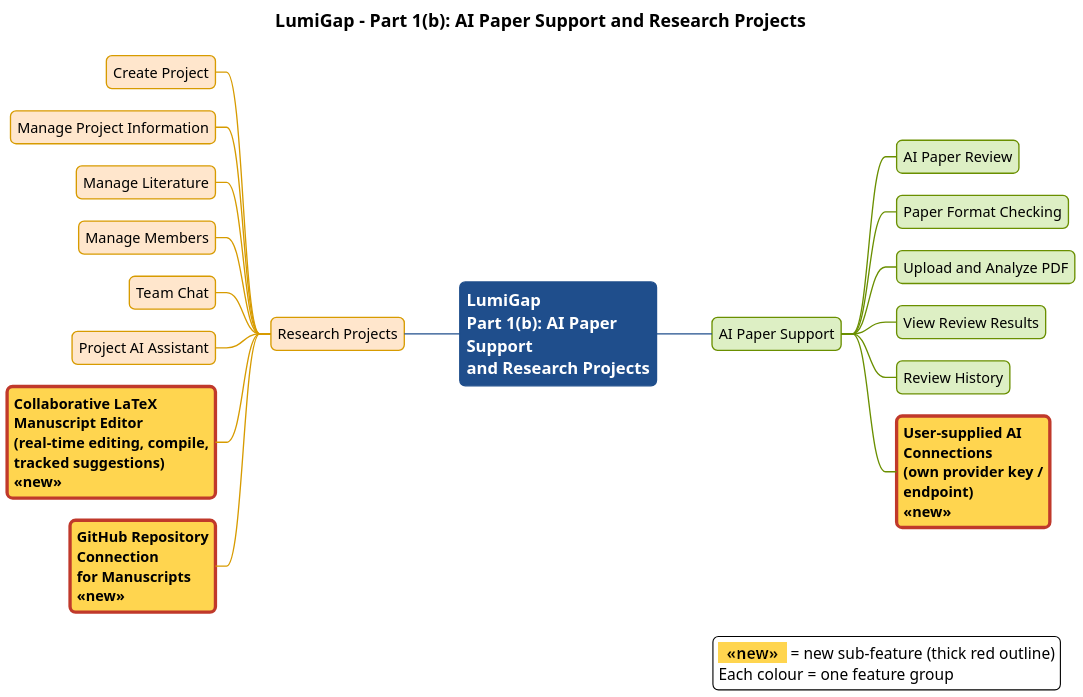
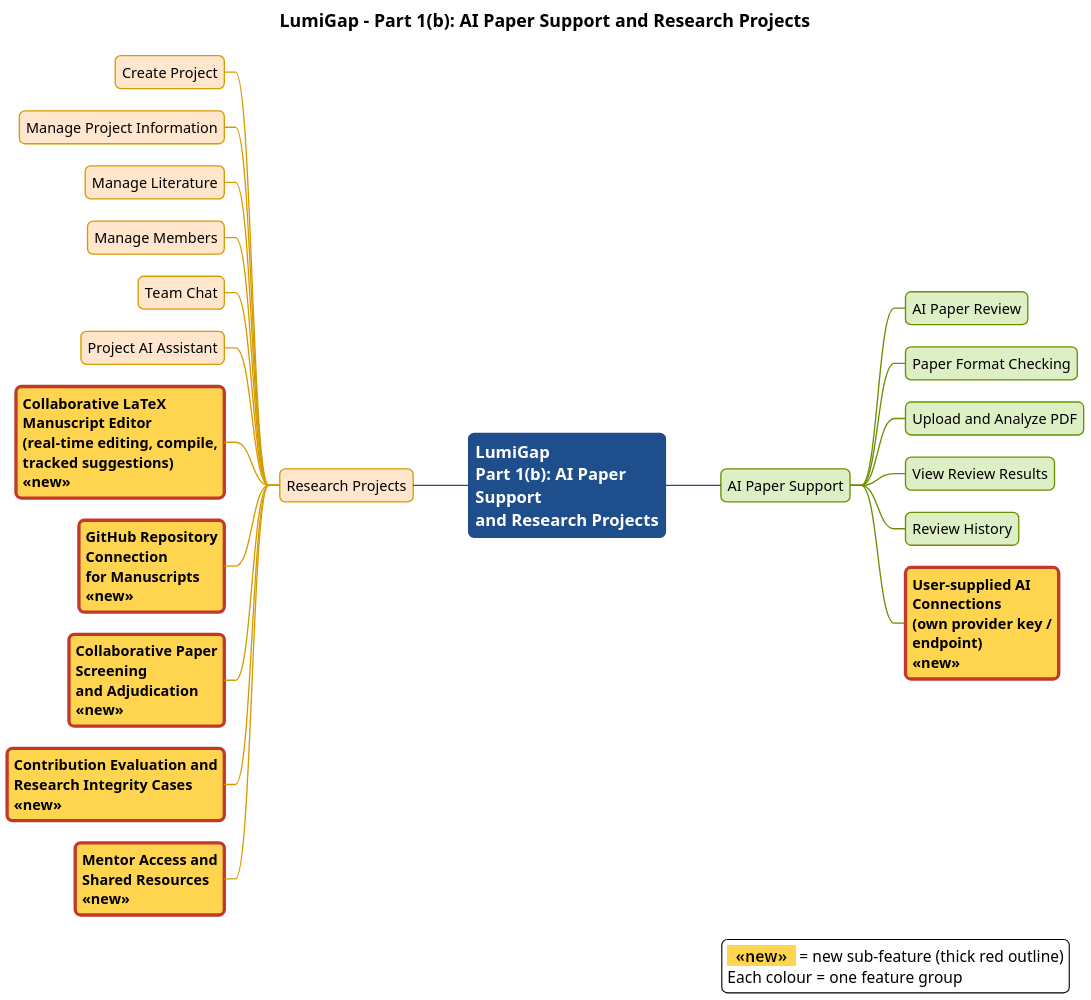
Before and after one commit to Khoa-Hoa-Technology-Solution-Company/lumi-gap: the diagram in docs/diagrams/report1/R1_FeatureMap_Part1b_AI_Support_Projects.puml, drawn with PlantUML. The commit also changed 48 other files, not shown here.

First line of the commit message:
docs: update diagrams to main 38bd889

```diff
--- a/docs/diagrams/report1/R1_FeatureMap_Part1b_AI_Support_Projects.puml
+++ b/docs/diagrams/report1/R1_FeatureMap_Part1b_AI_Support_Projects.puml
@@ -1,71 +1,74 @@
 @startmindmap
 !pragma layout smetana
 skinparam dpi 150
 skinparam defaultFontName "Segoe UI"
 skinparam defaultFontSize 13
 skinparam shadowing false
 skinparam roundCorner 10
 skinparam ArrowColor #4A5A6A
 skinparam ArrowThickness 1.2
 skinparam BorderColor #2F6DB5
 skinparam BackgroundColor #FFFFFF
 skinparam TitleFontSize 16
 skinparam TitleFontStyle bold
 <style>
 mindmapDiagram {
   node { FontSize 13
     RoundCorner 10
     LineThickness 1.2
     Padding 6
     MaximumWidth 190 }
   :depth(0) { BackgroundColor #1F4E8C
     FontColor #FFFFFF
     LineColor #1F4E8C
     FontStyle bold
     FontSize 15 }
   .g1 { BackgroundColor #DCE8F6
     LineColor #2F6DB5 }
   .g2 { BackgroundColor #F8D7D5
     LineColor #B85450 }
   .g3 { BackgroundColor #DDEFC4
     LineColor #6A8F00 }
   .g4 { BackgroundColor #FFE6CC
     LineColor #D79B00 }
   .g5 { BackgroundColor #F8D7D5
     LineColor #B85450 }
   .g6 { BackgroundColor #FFF6B3
     LineColor #B8A800 }
   .g7 { BackgroundColor #E6DAEE
     LineColor #9673A6 }
   .g8 { BackgroundColor #D5E8D4
     LineColor #82B366 }
   .new { BackgroundColor #FFD54F
     LineColor #C0392B
     LineThickness 3
     FontStyle bold }
 }
 </style>
 title LumiGap - Part 1(b): AI Paper Support and Research Projects
 * LumiGap\nPart 1(b): AI Paper Support\nand Research Projects
 ** AI Paper Support <<g3>>
 *** AI Paper Review <<g3>>
 *** Paper Format Checking <<g3>>
 *** Upload and Analyze PDF <<g3>>
 *** View Review Results <<g3>>
 *** Review History <<g3>>
 *** User-supplied AI Connections\n(own provider key / endpoint)\n«new» <<new>>
 left side
 ** Research Projects <<g4>>
 *** Create Project <<g4>>
 *** Manage Project Information <<g4>>
 *** Manage Literature <<g4>>
 *** Manage Members <<g4>>
 *** Team Chat <<g4>>
 *** Project AI Assistant <<g4>>
 *** Collaborative LaTeX Manuscript Editor\n(real-time editing, compile,\ntracked suggestions)\n«new» <<new>>
 *** GitHub Repository Connection\nfor Manuscripts\n«new» <<new>>
+*** Collaborative Paper Screening\nand Adjudication\n«new» <<new>>
+*** Contribution Evaluation and\nResearch Integrity Cases\n«new» <<new>>
+*** Mentor Access and\nShared Resources\n«new» <<new>>
 legend right
   <back:#FFD54F>  <b>«new»</b>  </back> = new sub-feature (thick red outline)
   Each colour = one feature group
 endlegend
 @endmindmap
```
